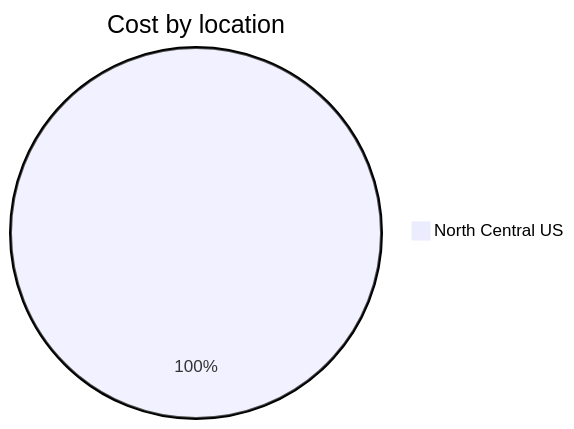
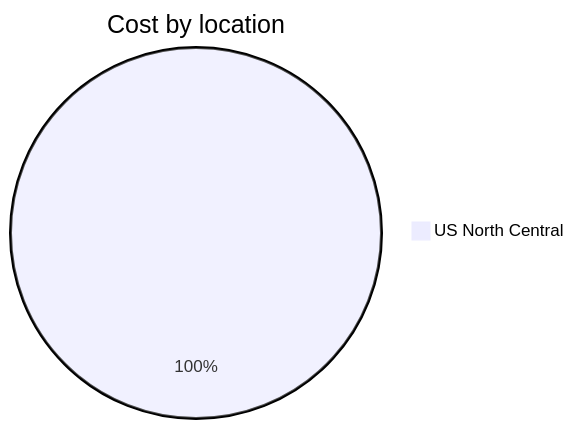
Before and after one commit to jpfulton/azure-personal-reports: the third of 4 diagrams in cost-reports/personal-network/vpn-server.md, drawn with Mermaid. The commit also changed other lines of this file and 8 other files, not shown here.

````diff
--- a/cost-reports/personal-network/vpn-server.md
+++ b/cost-reports/personal-network/vpn-server.md
@@ -107,5 +107,5 @@
 ```mermaid
 pie
    title Cost by location
-   "North Central US" : 0.73
+   "US North Central" : 1.20
 ```
````
